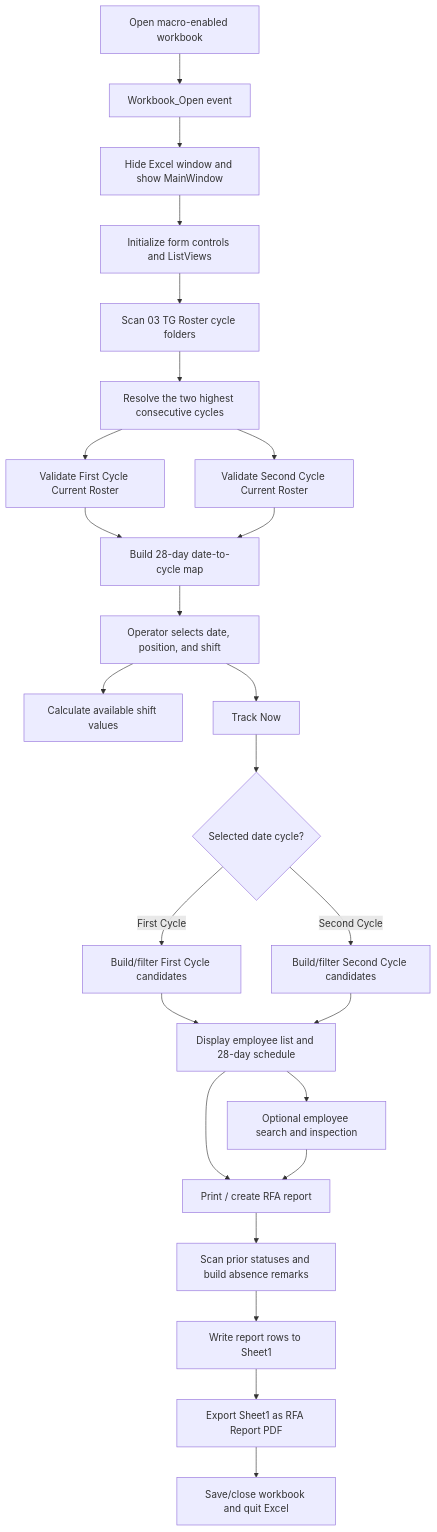
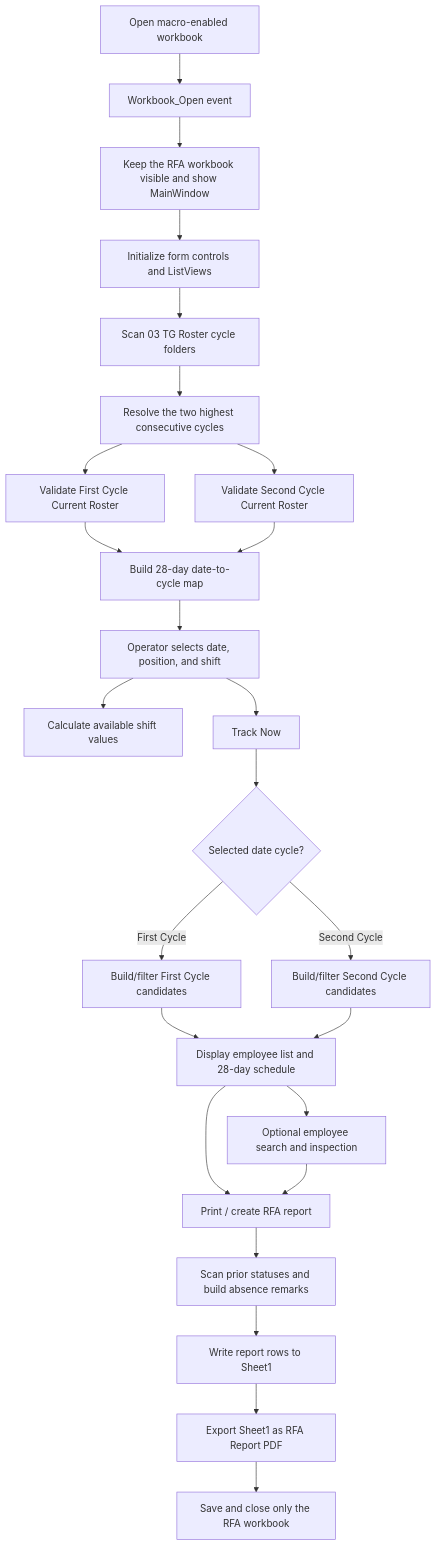
The first of 5 diagrams in RFA/VBA_DOCUMENTATION.md (moonstarph23/Common-Script), drawn with Mermaid before and after one commit. The commit also changed other lines of this file and 3 other files, not shown here.

Commit message:
Fix RFA ListViews and isolate workbook lifecycle

````diff
--- a/RFA/VBA_DOCUMENTATION.md
+++ b/RFA/VBA_DOCUMENTATION.md
@@ -19,27 +19,27 @@
 ```mermaid
 flowchart TD
     Open["Open macro-enabled workbook"] --> WOpen["Workbook_Open event"]
-    WOpen --> HideExcel["Hide Excel window and show MainWindow"]
+    WOpen --> HideExcel["Keep the RFA workbook visible and show MainWindow"]
     HideExcel --> Init["Initialize form controls and ListViews"]
     Init --> Discover["Scan 03 TG Roster cycle folders"]
     Discover --> Paths["Resolve the two highest consecutive cycles"]
     Paths --> Load1["Validate First Cycle Current Roster"]
     Paths --> Load2["Validate Second Cycle Current Roster"]
     Load1 --> Dates["Build 28-day date-to-cycle map"]
     Load2 --> Dates
     Dates --> Select["Operator selects date, position, and shift"]
     Select --> Available["Calculate available shift values"]
     Select --> Track["Track Now"]
     Track --> Cycle{"Selected date cycle?"}
     Cycle -->|First Cycle| First["Build/filter First Cycle candidates"]
     Cycle -->|Second Cycle| Second["Build/filter Second Cycle candidates"]
     First --> Review["Display employee list and 28-day schedule"]
     Second --> Review
     Review --> Search["Optional employee search and inspection"]
     Review --> Print["Print / create RFA report"]
     Search --> Print
     Print --> History["Scan prior statuses and build absence remarks"]
     History --> Sheet["Write report rows to Sheet1"]
     Sheet --> PDF["Export Sheet1 as RFA Report PDF"]
-    PDF --> Close["Save/close workbook and quit Excel"]
+    PDF --> Close["Save and close only the RFA workbook"]
 ```
````
